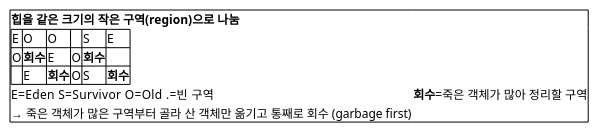
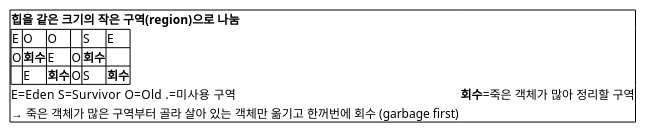
One commit to johnycho/johny-dev changed the fifth of 10 diagrams in blog/2026-08-18-java-gc-types.mdx. Above: the diagram before and after it, drawn with PlantUML. The commit also changed other lines of this file and 7 other files, not shown here.

First line of the commit message:
GC·Redis 다이어그램 보강 및 지양어 정리(끼다·통째로 비우다·국면 등)

````diff
--- a/blog/2026-08-18-java-gc-types.mdx
+++ b/blog/2026-08-18-java-gc-types.mdx
@@ -196,16 +209,16 @@
 ```plantuml
 @startsalt
 {
   {+
     <b>힙을 같은 크기의 작은 구역(region)으로 나눔</b>
     {#
       E | O | O | . | S | E
       O | <b>회수</b> | E | O | <b>회수</b> | .
       . | E | <b>회수</b> | O | S | <b>회수</b>
     }
-    E=Eden  S=Survivor  O=Old  .=빈 구역  |  <b>회수</b>=죽은 객체가 많아 정리할 구역
-    → 죽은 객체가 많은 구역부터 골라 산 객체만 옮기고 통째로 회수 (garbage first)
+    E=Eden  S=Survivor  O=Old  .=미사용 구역  |  <b>회수</b>=죽은 객체가 많아 정리할 구역
+    → 죽은 객체가 많은 구역부터 골라 살아 있는 객체만 옮기고 한꺼번에 회수 (garbage first)
   }
 }
 @endsalt
 ```
````
